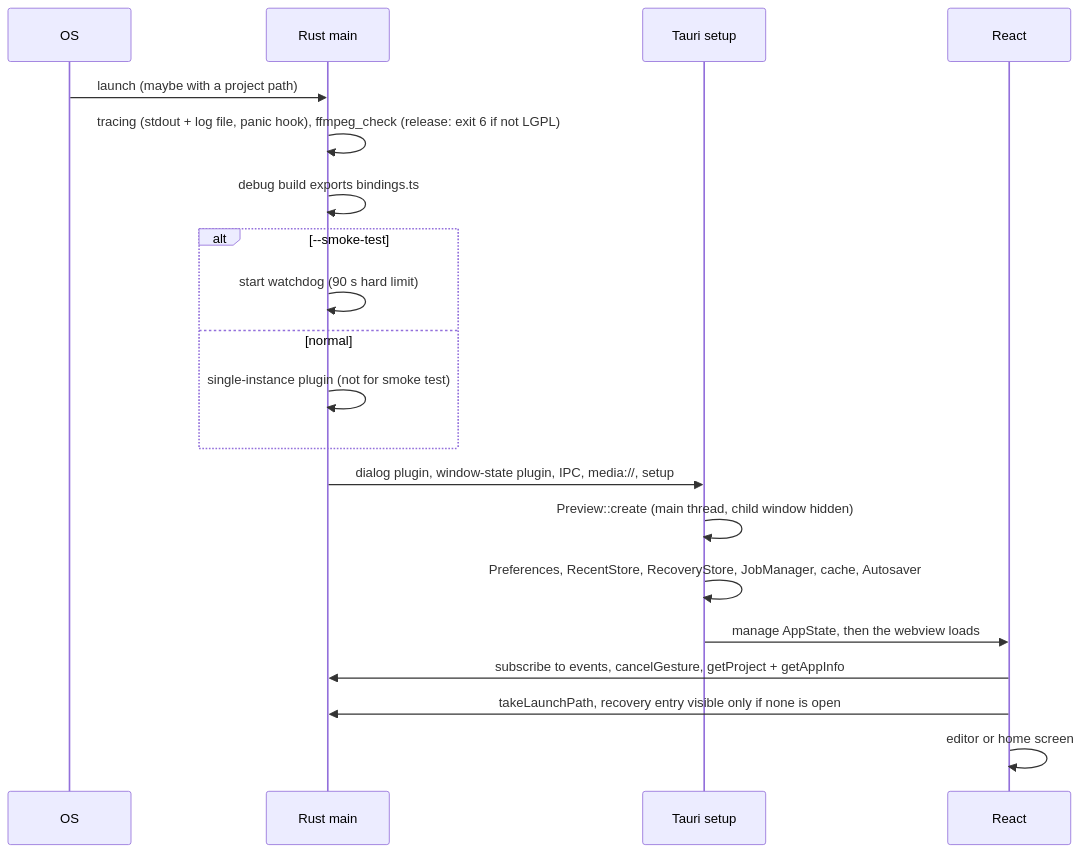
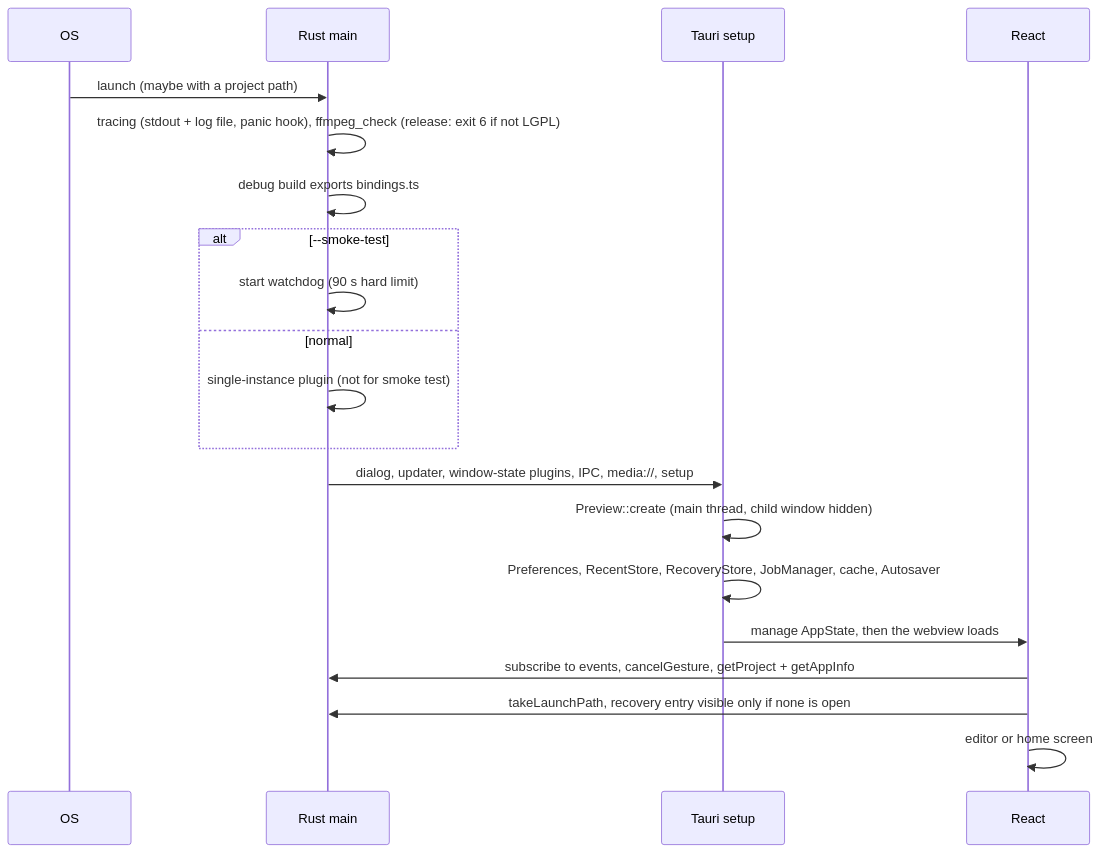
Before and after one commit to emicon123/cutframe: the fourth of 4 diagrams in docs/architecture/01-system-context.md, drawn with Mermaid. The commit also changed other lines of this file and 15 other files, not shown here.

First line of the commit message:
feat(updater): check, download and install updates through typed IPC (F0.12)

````diff
--- a/docs/architecture/01-system-context.md
+++ b/docs/architecture/01-system-context.md
@@ -136,22 +136,22 @@
 ```mermaid
 sequenceDiagram
   participant OS
   participant Rust as Rust main
   participant Shell as Tauri setup
   participant UI as React
   OS->>Rust: launch (maybe with a project path)
   Rust->>Rust: tracing (stdout + log file, panic hook), ffmpeg_check (release: exit 6 if not LGPL)
   Rust->>Rust: debug build exports bindings.ts
   alt --smoke-test
     Rust->>Rust: start watchdog (90 s hard limit)
   else normal
     Rust->>Rust: single-instance plugin (not for smoke test)
   end
-  Rust->>Shell: dialog plugin, window-state plugin, IPC, media://, setup
+  Rust->>Shell: dialog, updater, window-state plugins, IPC, media://, setup
   Shell->>Shell: Preview::create (main thread, child window hidden)
   Shell->>Shell: Preferences, RecentStore, RecoveryStore, JobManager, cache, Autosaver
   Shell->>UI: manage AppState, then the webview loads
   UI->>Rust: subscribe to events, cancelGesture, getProject + getAppInfo
   UI->>Rust: takeLaunchPath, recovery entry visible only if none is open
   UI->>UI: editor or home screen
 ```
````
